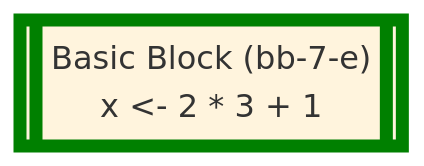
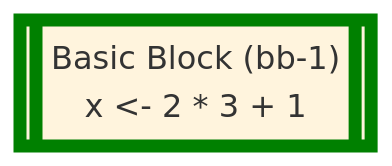
Before and after one commit to flowr-analysis/flowr: diagram 16 of 22 in wiki/Control Flow Graph.md, drawn with Mermaid (base theme). The commit also changed other lines of this file and 141 other files, not shown here.

````diff
--- a/wiki/Control Flow Graph.md
+++ b/wiki/Control Flow Graph.md
@@ -1098,6 +903,6 @@
 ```mermaid
-flowchart RL
-    nbb-7-e[["`Basic Block (bb-7-e)
+flowchart LR
+    nbb-1[["`Basic Block (bb-1)
 x #60;#45; 2 #42; 3 #43; 1`"]]
-    style nbb-7-e stroke:cyan,stroke-width:6.5px;    style nbb-7-e stroke:green,stroke-width:6.5px;
+    style nbb-1 stroke:cyan,stroke-width:6.5px;    style nbb-1 stroke:green,stroke-width:6.5px;
 ```
````
